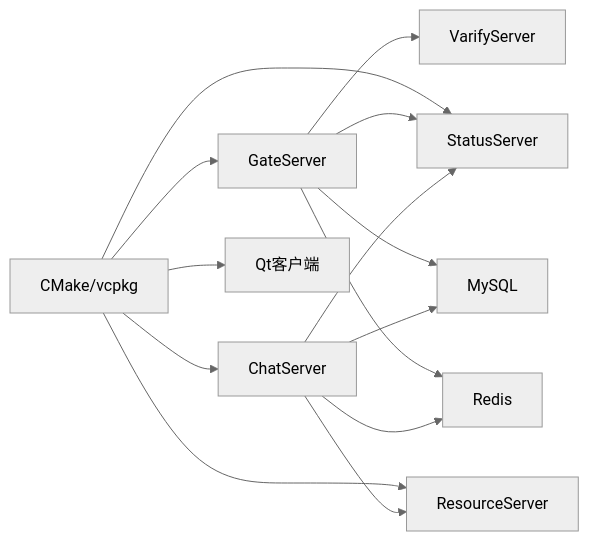
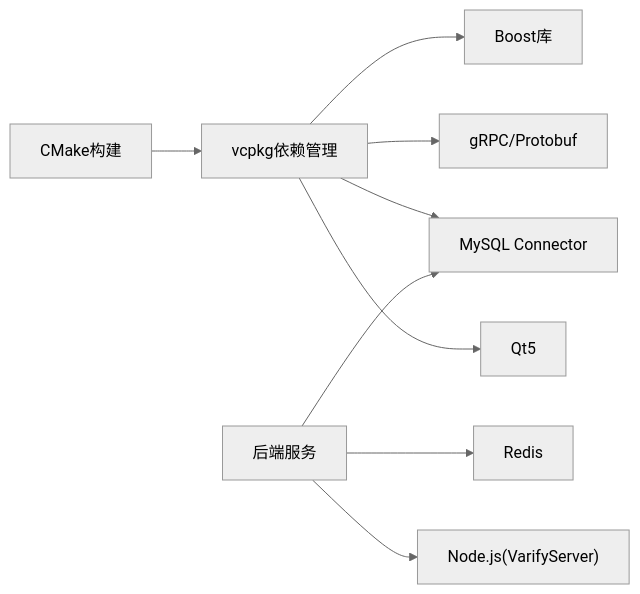
The fifth of 5 diagrams in .qoder/repowiki/zh/content/部署运维/部署运维.md (echo9923/mychatter), drawn with Mermaid (neutral theme) before and after one commit. The commit also changed other lines of this file and 526 other files, not shown here.

````diff
--- a/.qoder/repowiki/zh/content/部署运维/部署运维.md
+++ b/.qoder/repowiki/zh/content/部署运维/部署运维.md
@@ -274,16 +263,11 @@
 ```mermaid
 graph LR
-CMake["CMake/vcpkg"] --> Gate["GateServer"]
-CMake --> Chat["ChatServer"]
-CMake --> Res["ResourceServer"]
-CMake --> Status["StatusServer"]
-CMake --> Qt["Qt客户端"]
-Gate --> Verify["VarifyServer"]
-Gate --> Status
-Gate --> MySQL["MySQL"]
-Gate --> Redis["Redis"]
-Chat --> Redis
-Chat --> MySQL
-Chat --> Res
-Chat --> Status
+CMake["CMake构建"] --> vcpkg["vcpkg依赖管理"]
+vcpkg --> Boost["Boost库"]
+vcpkg --> gRPC["gRPC/Protobuf"]
+vcpkg --> MySQL["MySQL Connector"]
+vcpkg --> Qt["Qt5"]
+Services["后端服务"] --> MySQL
+Services --> Redis
+Services --> NodeJS["Node.js(VarifyServer)"]
 ```
````
